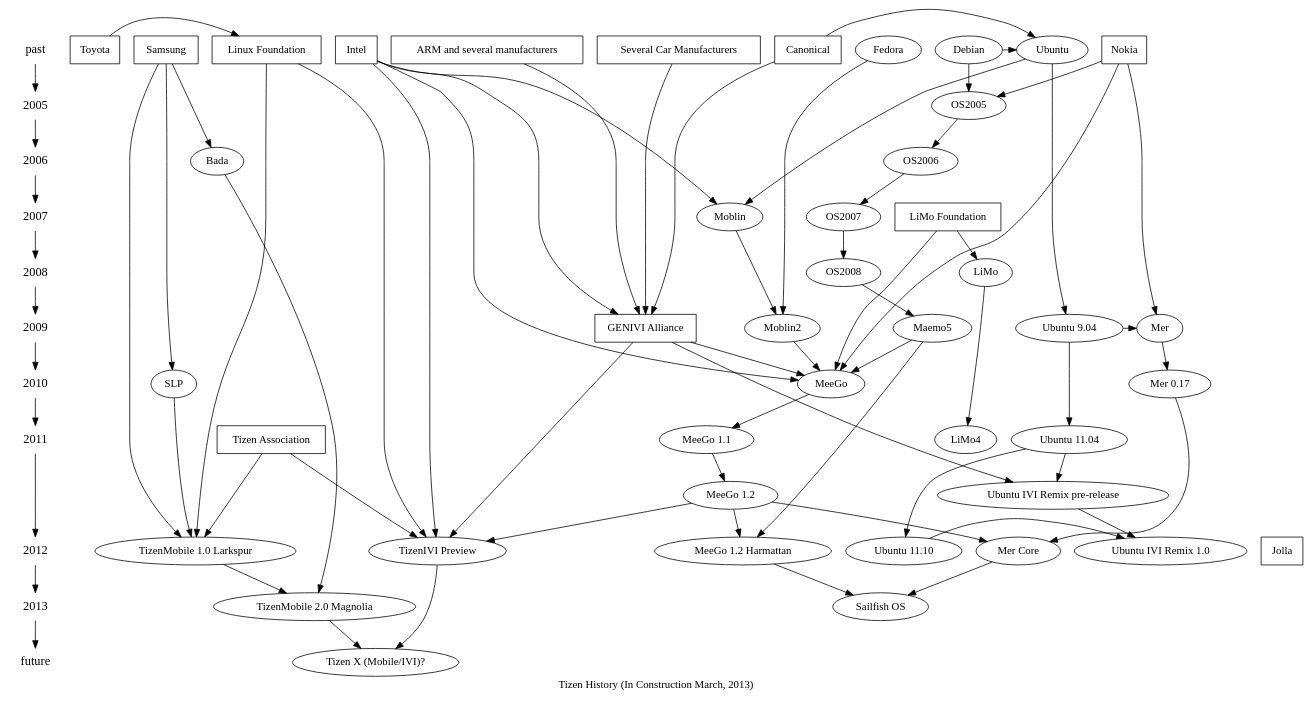
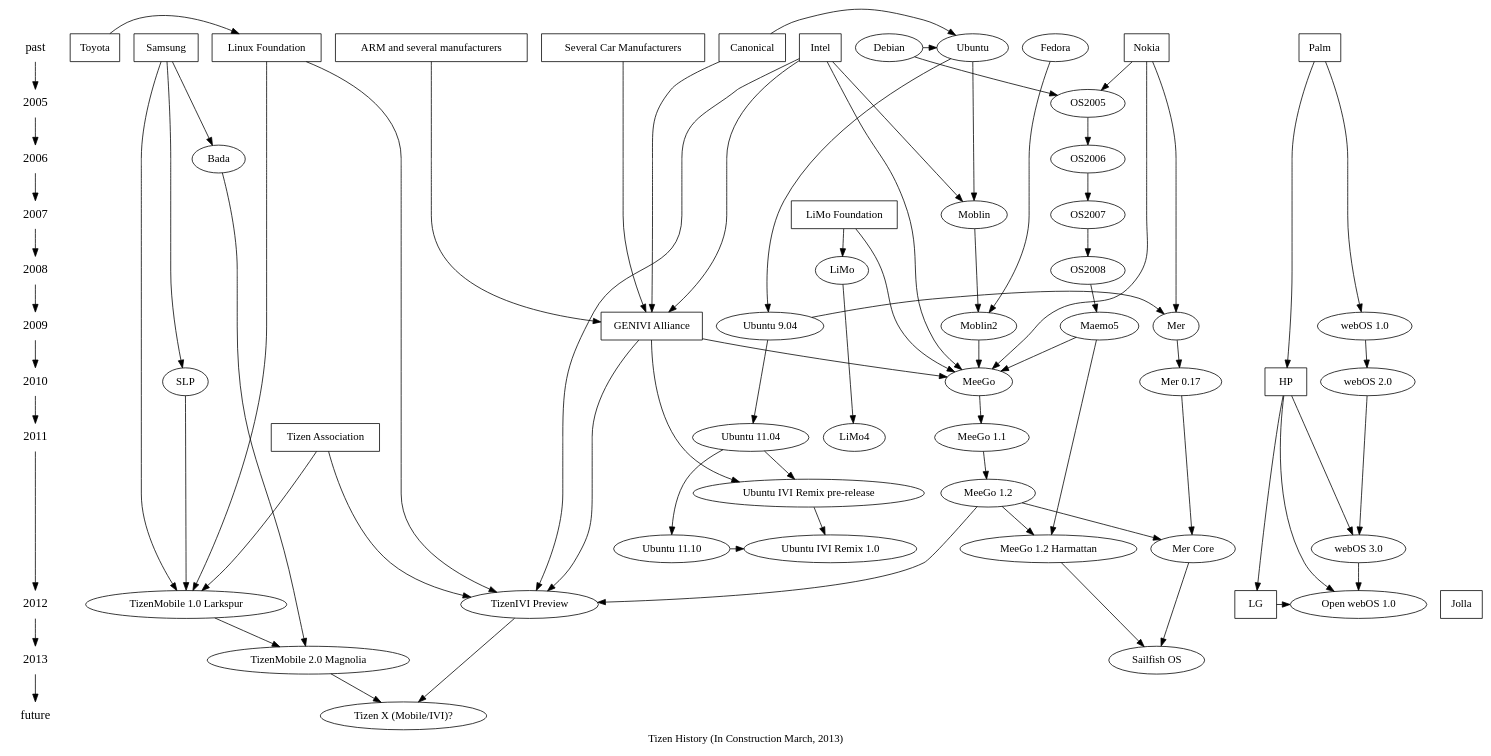
One commit to kumadasu/tizen-history changed the diagram in tizen-history.dot. Above: the diagram before and after it, drawn with Graphviz.

Commit message:
Update tizen-history.dot
Added the webOS branch

```diff
--- a/tizen-history.dot
+++ b/tizen-history.dot
@@ -1,93 +1,104 @@
 digraph tizenhistory {
 graph [label="Tizen History (In Construction March, 2013)"]
 /*timeline*/
 {
 	node [shape=plaintext, fontsize=16];
 	"past" -> /*1990 ->
 	1991 -> 1992 -> 1993 -> 1994 -> 1995 ->
 	1996 -> 1997 -> 1998 -> 1999 -> 2000 ->
 	2001 -> 2002 -> 2003 -> 2004 ->*/ 2005 ->
 	2006 -> 2007 -> 2008 -> 2009 -> 2010 ->
 	2011 -> 2012 -> 2013 -> "future";
 }
 
 /* Organizations */
 {
 	node [shape=box];
 	{ rank = same; "past"; "Nokia"}
 	{ rank = same; "past"; "Intel"}
 	{ rank = same; "past"; "Samsung"}
 	{ rank = same; "past"; "ARM and several manufacturers"}
 	{ rank = same; "past"; "Several Car Manufacturers"}
 	{ rank = same; "past"; "Canonical"}
 	{ rank = same; "past"; "Linux Foundation"}
 	{ rank = same; "past"; "Toyota"}
+	{ rank = same; "past"; "Palm"}
 	{ rank = same; "2007"; "LiMo Foundation"}
 	{ rank = same; "2009"; "GENIVI Alliance"}
+	{ rank = same; "2010"; "HP"}
 	{ rank = same; "2011"; "Tizen Association"} //?
 	{ rank = same; "2012"; "Jolla"} //?
+	{ rank = same; "2012"; "LG"} //?
+
 "Toyota" -> "Linux Foundation";
 "Intel" -> "GENIVI Alliance";
 "Several Car Manufacturers" -> "GENIVI Alliance";
 "ARM and several manufacturers" -> "GENIVI Alliance";
 "Canonical" -> "GENIVI Alliance";
+"Palm" -> "HP";
+"HP" -> "LG";
 }
 
 /* Technologies */
 {
 	node [shape=plaintext];
 //	"HTML5";
 }
 
 /* OS */
 { rank = same; "past"; "Ubuntu"; "Fedora"; "Debian"}
 { rank = same; 2005; "OS2005"}
 { rank = same; 2006; "OS2006"}
 { rank = same; 2007; "OS2007"; "Moblin"}
 { rank = same; 2008; "OS2008"; "LiMo"}
-{ rank = same; 2009; "Maemo5"; "Moblin2"; "Ubuntu 9.04"; "Mer"}
-{ rank = same; 2010; "MeeGo"; "Mer 0.17"; "SLP"}
+{ rank = same; 2009; "Maemo5"; "Moblin2"; "Ubuntu 9.04"; "Mer"; "webOS 1.0"}
+{ rank = same; 2010; "MeeGo"; "Mer 0.17"; "SLP"; "webOS 2.0"}
 { rank = same; 2011; "Ubuntu 11.04"; "LiMo4"}
-{ rank = same; "Ubuntu 11.10"; "Ubuntu IVI Remix 1.0"}
+{ rank = same; "Ubuntu 11.10"; "Ubuntu IVI Remix 1.0", "webOS 3.0"}
 { rank = same; 2012; "TizenMobile 1.0 Larkspur"; "TizenIVI Preview"};
-{ rank = same; "TizenMobile 1.0 Larkspur" }
+{ rank = same; "TizenMobile 1.0 Larkspur"; "Open webOS 1.0"}
 { rank = same; 2013; "TizenMobile 2.0 Magnolia"; "Sailfish OS"}
 	"Debian" -> "Ubuntu";
 	"Debian" -> "OS2005" -> "OS2006" -> "OS2007" -> "OS2008" -> "Maemo5" -> "MeeGo";
 	"Ubuntu" -> "Moblin" -> "Moblin2";
 	"Fedora" -> "Moblin2" -> "MeeGo";
 	"Ubuntu 9.04" -> "Mer" -> "Mer 0.17" -> "Mer Core";
 	"LiMo" -> "LiMo4";
 	"MeeGo" -> "MeeGo 1.1" -> "MeeGo 1.2" -> "TizenIVI Preview";
 	"Maemo5" -> "MeeGo 1.2 Harmattan";
 	"MeeGo 1.2" -> "Mer Core";
 	"MeeGo 1.2 Harmattan" -> "Sailfish OS";
 	"Mer Core" -> "Sailfish OS";
 	"MeeGo 1.2" -> "MeeGo 1.2 Harmattan";
 	"SLP" -> "TizenMobile 1.0 Larkspur";
 	"Bada" -> "TizenMobile 2.0 Magnolia";
 	"TizenMobile 1.0 Larkspur" -> "TizenMobile 2.0 Magnolia" -> "Tizen X (Mobile/IVI)?";
 	"TizenIVI Preview" -> "Tizen X (Mobile/IVI)?";
 	"Ubuntu" -> "Ubuntu 9.04" -> "Ubuntu 11.04" -> "Ubuntu 11.10" -> "Ubuntu IVI Remix 1.0";
 	"Ubuntu 11.04" -> "Ubuntu IVI Remix pre-release" -> "Ubuntu IVI Remix 1.0";
+	"webOS 1.0" -> "webOS 2.0" -> "webOS 3.0" -> "Open webOS 1.0";
 
 "Canonical" -> "Ubuntu";
 "Nokia" -> "OS2005";
 "Intel" -> "Moblin";
 "Intel" -> "MeeGo";
 "Nokia" -> "Mer";
 "Nokia" -> "MeeGo";
 "Samsung" -> "Bada";
 "Samsung" -> "SLP";
 "Intel" -> "TizenIVI Preview";
 "Samsung" -> "TizenMobile 1.0 Larkspur";
 "GENIVI Alliance" -> "MeeGo";
 "GENIVI Alliance" -> "TizenIVI Preview";
 "GENIVI Alliance" -> "Ubuntu IVI Remix pre-release";
 "LiMo Foundation" -> "LiMo";
 "LiMo Foundation" -> "MeeGo";
 "Tizen Association" -> "TizenIVI Preview";
 "Tizen Association" -> "TizenMobile 1.0 Larkspur";
 "Linux Foundation" -> "TizenIVI Preview";
 "Linux Foundation" -> "TizenMobile 1.0 Larkspur";
+"Palm" -> "webOS 1.0";
+"HP" -> "webOS 3.0";
+"HP" -> "Open webOS 1.0";
+"LG" -> "Open webOS 1.0";
 }
```
